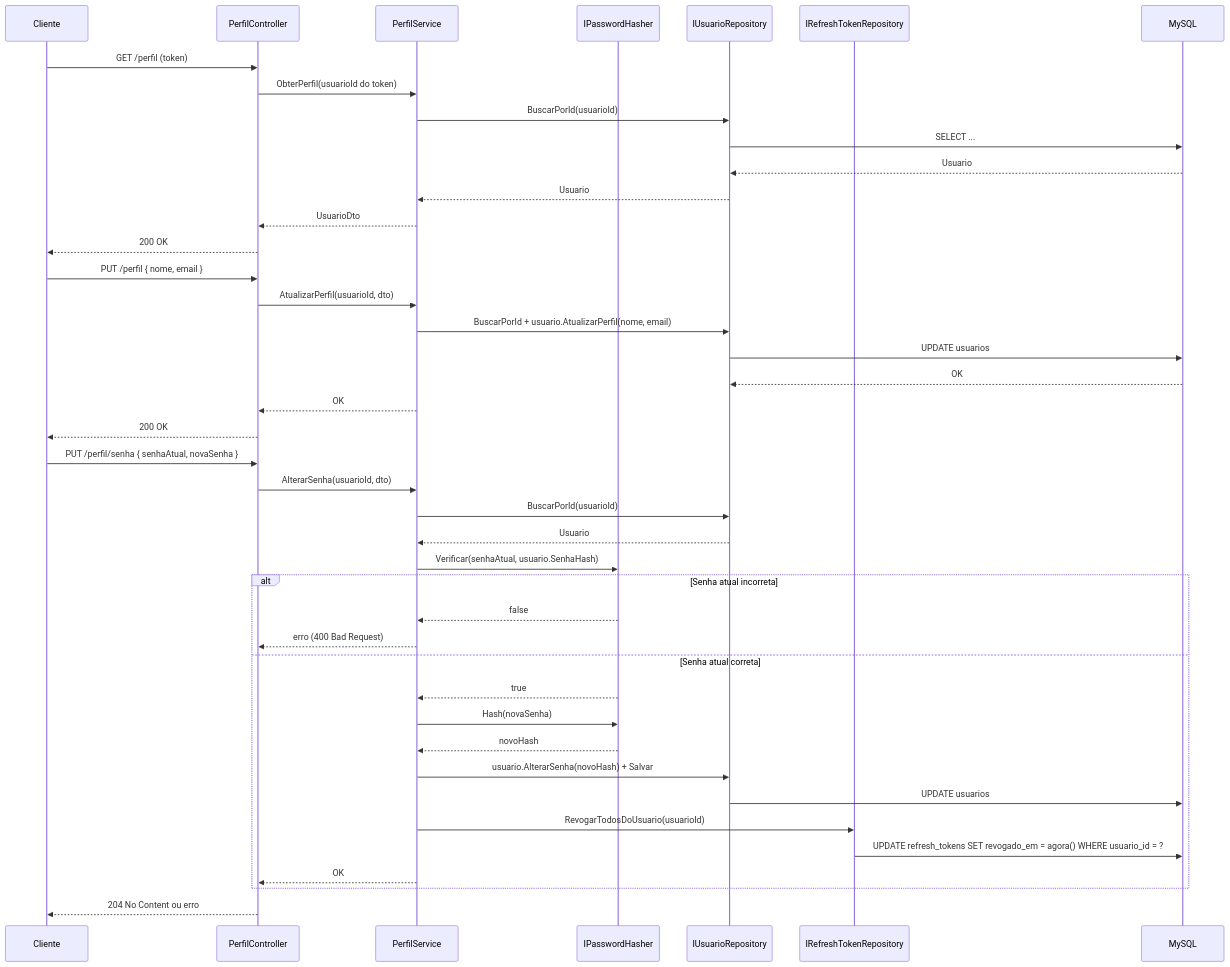
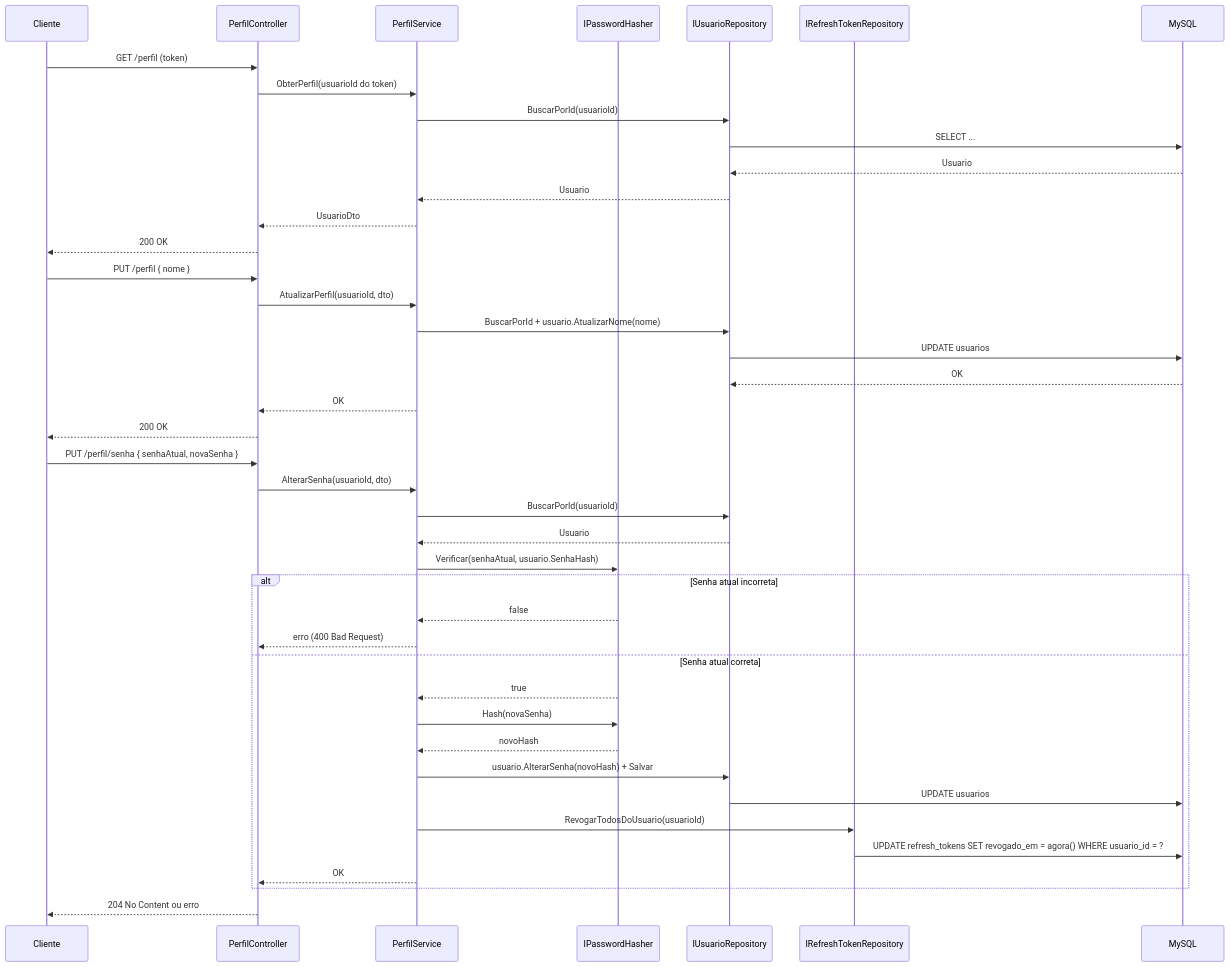
One commit to pdrollucas/euSindico changed the sixth of 9 diagrams in backend/documentation/AUTHENTICATION.md. Above: the diagram before and after it, drawn with Mermaid. The commit also changed other lines of this file and 2 other files, not shown here.

Commit message:
docs: document settings flows in RFC 2.8.0 and backend docs

````diff
--- a/backend/documentation/AUTHENTICATION.md
+++ b/backend/documentation/AUTHENTICATION.md
@@ -276,47 +278,47 @@
 ```mermaid
 sequenceDiagram
     participant C as Cliente
     participant P as PerfilController
     participant S as PerfilService
     participant H as IPasswordHasher
     participant R as IUsuarioRepository
     participant RT as IRefreshTokenRepository
     participant DB as MySQL
 
     C->>P: GET /perfil (token)
     P->>S: ObterPerfil(usuarioId do token)
     S->>R: BuscarPorId(usuarioId)
     R->>DB: SELECT ...
     DB-->>R: Usuario
     R-->>S: Usuario
     S-->>P: UsuarioDto
     P-->>C: 200 OK
 
-    C->>P: PUT /perfil { nome, email }
+    C->>P: PUT /perfil { nome }
     P->>S: AtualizarPerfil(usuarioId, dto)
-    S->>R: BuscarPorId + usuario.AtualizarPerfil(nome, email)
+    S->>R: BuscarPorId + usuario.AtualizarNome(nome)
     R->>DB: UPDATE usuarios
     DB-->>R: OK
     S-->>P: OK
     P-->>C: 200 OK
 
     C->>P: PUT /perfil/senha { senhaAtual, novaSenha }
     P->>S: AlterarSenha(usuarioId, dto)
     S->>R: BuscarPorId(usuarioId)
     R-->>S: Usuario
     S->>H: Verificar(senhaAtual, usuario.SenhaHash)
     alt Senha atual incorreta
         H-->>S: false
         S-->>P: erro (400 Bad Request)
     else Senha atual correta
         H-->>S: true
         S->>H: Hash(novaSenha)
         H-->>S: novoHash
         S->>R: usuario.AlterarSenha(novoHash) + Salvar
         R->>DB: UPDATE usuarios
         S->>RT: RevogarTodosDoUsuario(usuarioId)
         RT->>DB: UPDATE refresh_tokens SET revogado_em = agora() WHERE usuario_id = ?
         S-->>P: OK
     end
     P-->>C: 204 No Content ou erro
 ```
````
